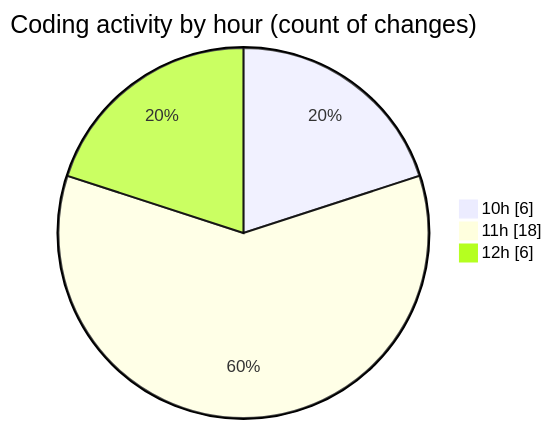
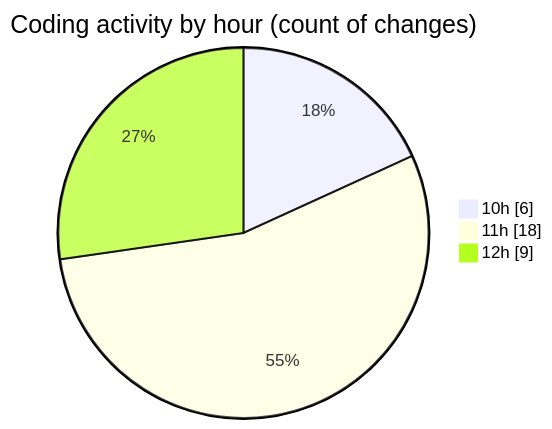
One commit to momahboobian/code-tracking changed the second of 2 diagrams in 2026-09-03/cda/README.md. Above: the diagram before and after it, drawn with Mermaid. The commit also changed other lines of this file and 1 other file, not shown here.

````diff
--- a/2026-09-03/cda/README.md
+++ b/2026-09-03/cda/README.md
@@ -46,7 +47,7 @@
 ```mermaid
 pie showData
 title Coding activity by hour (count of changes)
 "10h" : 6
 "11h" : 18
-"12h" : 6
+"12h" : 9
 ```
````
